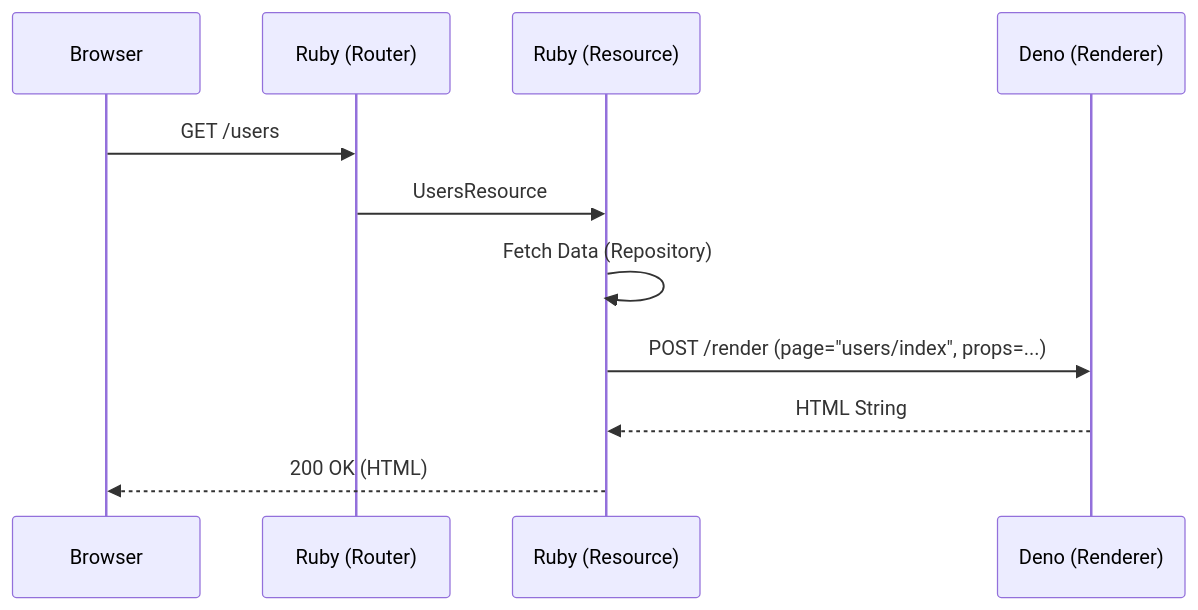
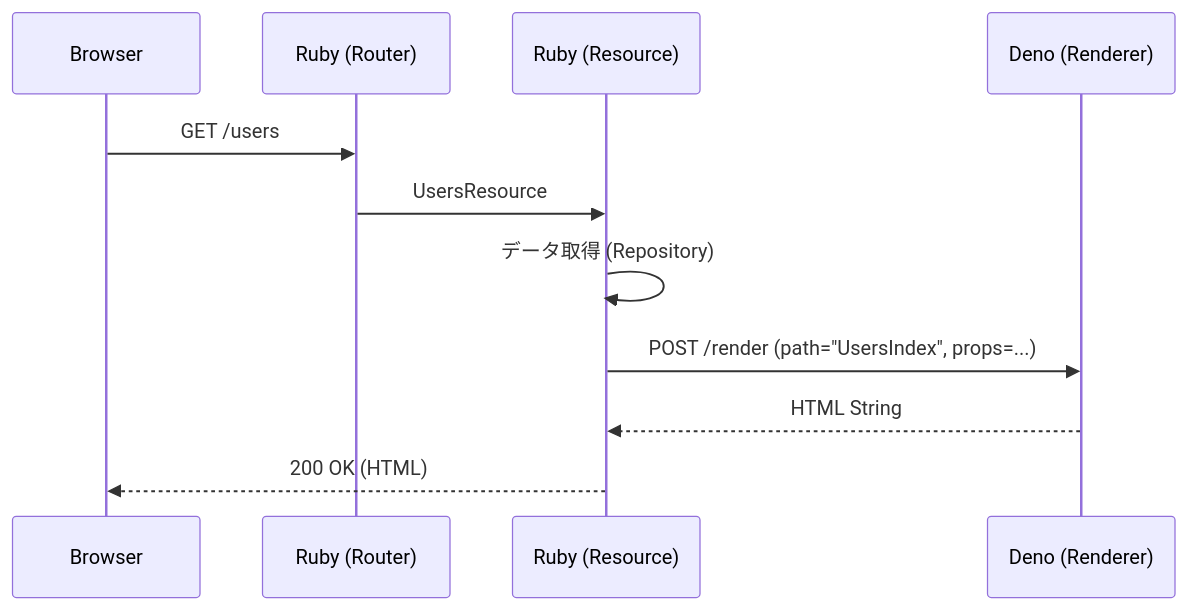
Before and after one commit to genfuru011/lazuli: the diagram in packages/lazuli/docs/ARCHITECTURE.md, drawn with Mermaid. The commit also changed other lines of this file, not shown here.

Commit message:
Update ARCHITECTURE.md to Japanese and reflect latest Hono JSX architecture

````diff
--- a/packages/lazuli/docs/ARCHITECTURE.md
+++ b/packages/lazuli/docs/ARCHITECTURE.md
@@ -71,14 +71,14 @@
 ```mermaid
 sequenceDiagram
     participant Browser
     participant Ruby (Router)
     participant Ruby (Resource)
     participant Deno (Renderer)
 
     Browser->>Ruby (Router): GET /users
     Ruby (Router)->>Ruby (Resource): UsersResource#index
-    Ruby (Resource)->>Ruby (Resource): Fetch Data (Repository)
-    Ruby (Resource)->>Deno (Renderer): POST /render (page="users/index", props=...)
+    Ruby (Resource)->>Ruby (Resource): データ取得 (Repository)
+    Ruby (Resource)->>Deno (Renderer): POST /render (path="UsersIndex", props=...)
     Deno (Renderer)-->>Ruby (Resource): HTML String
     Ruby (Resource)-->>Browser: 200 OK (HTML)
 ```
````
